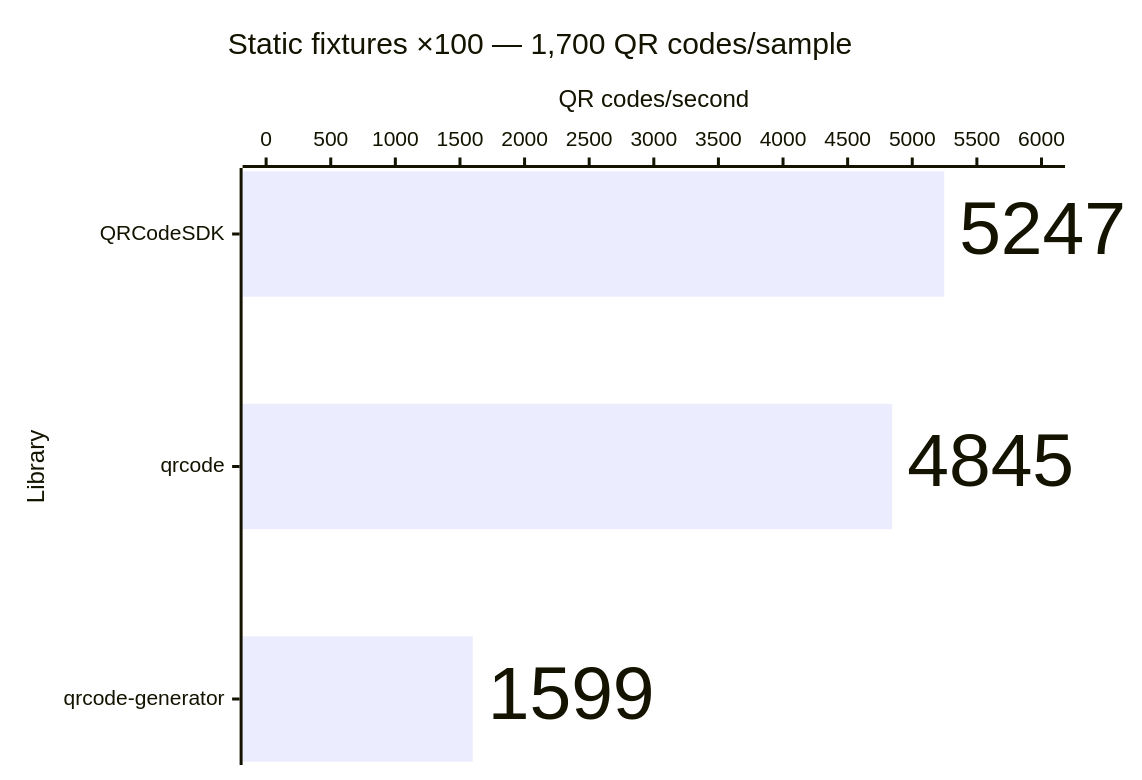
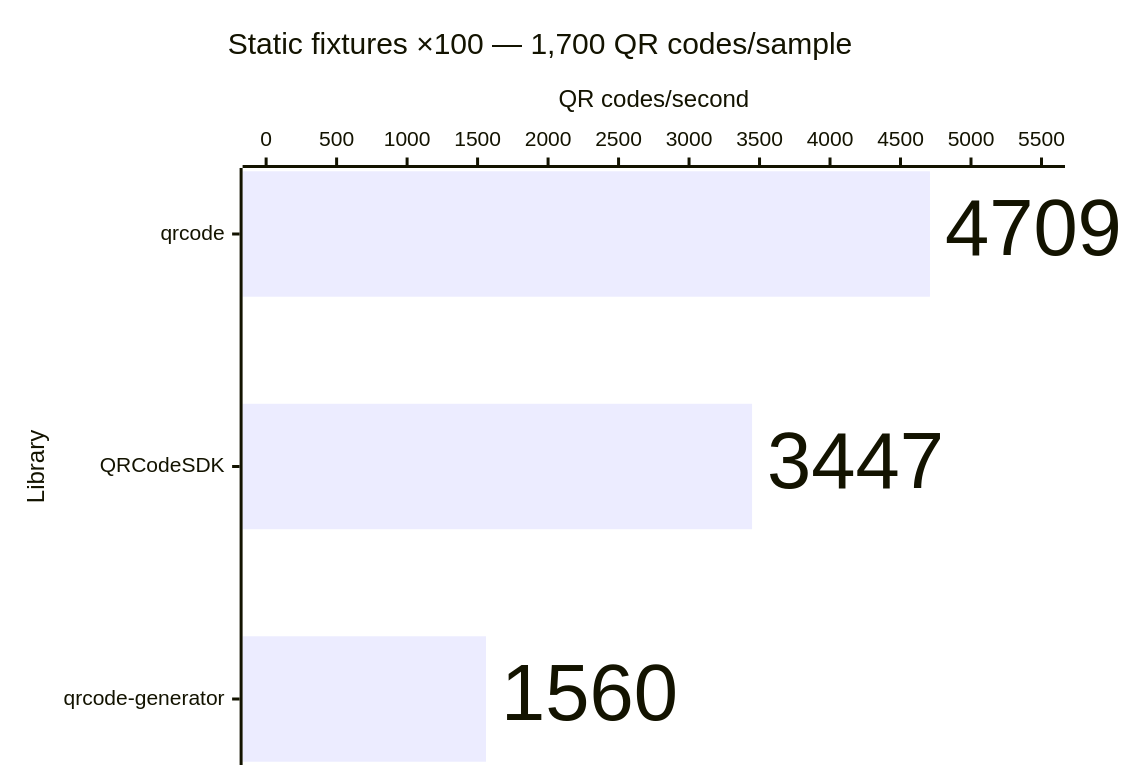
Before and after one commit to Dafnik/qrcodesdk: the tenth of 14 diagrams in apps/docs/src/content/docs/learn/performance.md, drawn with Mermaid. The commit also changed other lines of this file and 75 other files, not shown here.

````diff
--- a/apps/docs/src/content/docs/learn/performance.md
+++ b/apps/docs/src/content/docs/learn/performance.md
@@ -214,15 +214,15 @@
 ```mermaid
 ---
 config:
   xyChart:
     showDataLabel: true
     showDataLabelOutsideBar: true
 ---
 xychart horizontal
   accTitle: SVG generation: Static fixtures ×100 — 1,700 QR codes/sample
-  accDescr: Throughput calculated from median time. QRCodeSDK 5,247 QR codes per second, qrcode 4,845 QR codes per second, qrcode-generator 1,599 QR codes per second. Higher is better.
+  accDescr: Throughput calculated from median time. qrcode 4,709 QR codes per second, QRCodeSDK 3,447 QR codes per second, qrcode-generator 1,560 QR codes per second. Higher is better.
   title "Static fixtures ×100 — 1,700 QR codes/sample"
-  x-axis "Library" ["QRCodeSDK", "qrcode", "qrcode-generator"]
-  y-axis "QR codes/second" 0 --> 6000
-  bar [5247, 4845, 1599]
+  x-axis "Library" ["qrcode", "QRCodeSDK", "qrcode-generator"]
+  y-axis "QR codes/second" 0 --> 5500
+  bar [4709, 3447, 1560]
 ```
````
